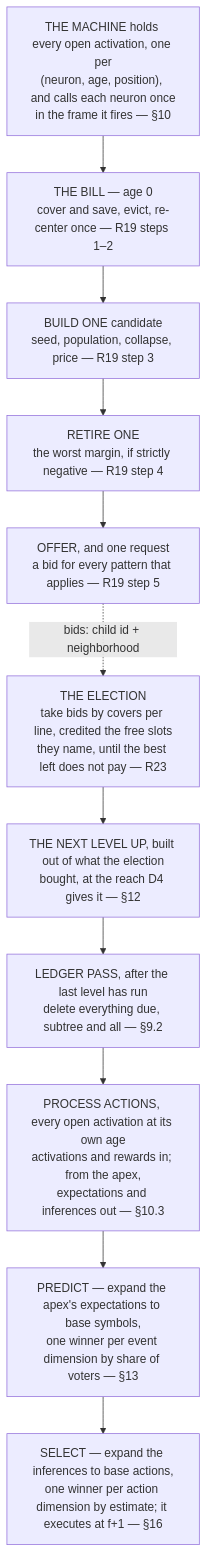
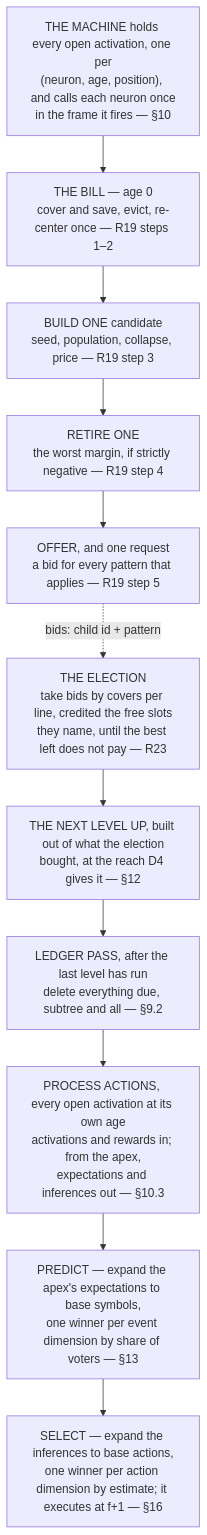
One commit to cucar/robot_brain changed the diagram in docs/algorithm-remarks.md. Above: the diagram before and after it, drawn with Mermaid. The commit also changed other lines of this file and 2 other files, not shown here.

First line of the commit message:
a pattern is its neighbors; a neighborhood is what one activation observed

````diff
--- a/docs/algorithm-remarks.md
+++ b/docs/algorithm-remarks.md
@@ -999,14 +999,14 @@
 ```mermaid
 flowchart TD
     A["THE MACHINE holds every open activation, one per<br/>(neuron, age, position), and calls each neuron once<br/>in the frame it fires — §10"]
     A --> B["THE BILL — age 0<br/>cover and save, evict, re-center once — R19 steps 1–2"]
     B --> M["BUILD ONE candidate<br/>seed, population, collapse, price — R19 step 3"]
     M --> DEL["RETIRE ONE<br/>the worst margin, if strictly negative — R19 step 4"]
     DEL --> P["OFFER, and one request<br/>a bid for every pattern that applies — R19 step 5"]
-    P -.->|"bids: child id + neighborhood"| X["THE ELECTION<br/>take bids by covers per line, credited the free slots<br/>they name, until the best left does not pay — R23"]
+    P -.->|"bids: child id + pattern"| X["THE ELECTION<br/>take bids by covers per line, credited the free slots<br/>they name, until the best left does not pay — R23"]
     X --> O["THE NEXT LEVEL UP, built out of what the election<br/>bought, at the reach D4 gives it — §12"]
     O --> Z["LEDGER PASS, after the last level has run<br/>delete everything due, subtree and all — §9.2"]
     Z --> W["PROCESS ACTIONS, every open activation at its own age<br/>activations and rewards in; from the apex,<br/>expectations and inferences out — §10.3"]
     W --> Y["PREDICT — expand the apex's expectations to base symbols,<br/>one winner per event dimension by share of voters — §13"]
     Y --> S["SELECT — expand the inferences to base actions,<br/>one winner per action dimension by estimate; it executes at f+1 — §16"]
 ```
````
